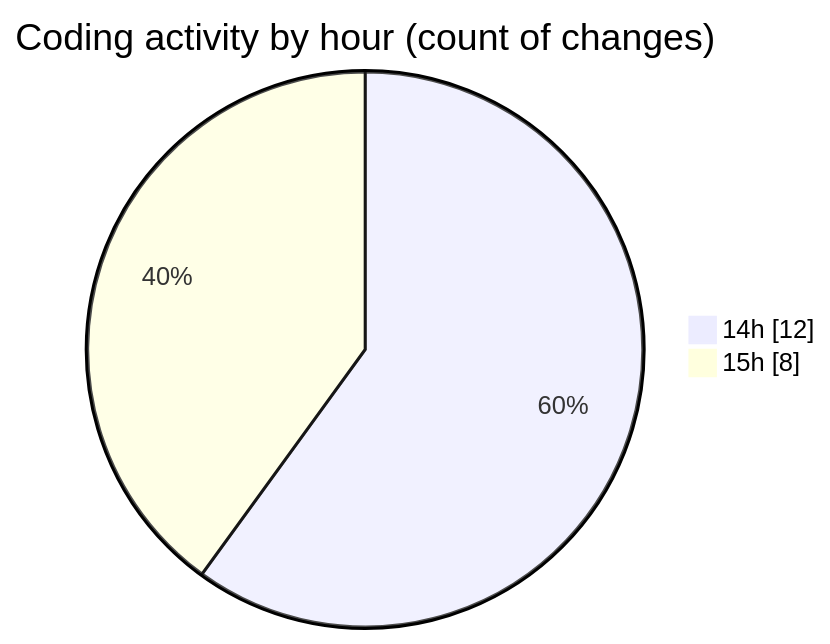
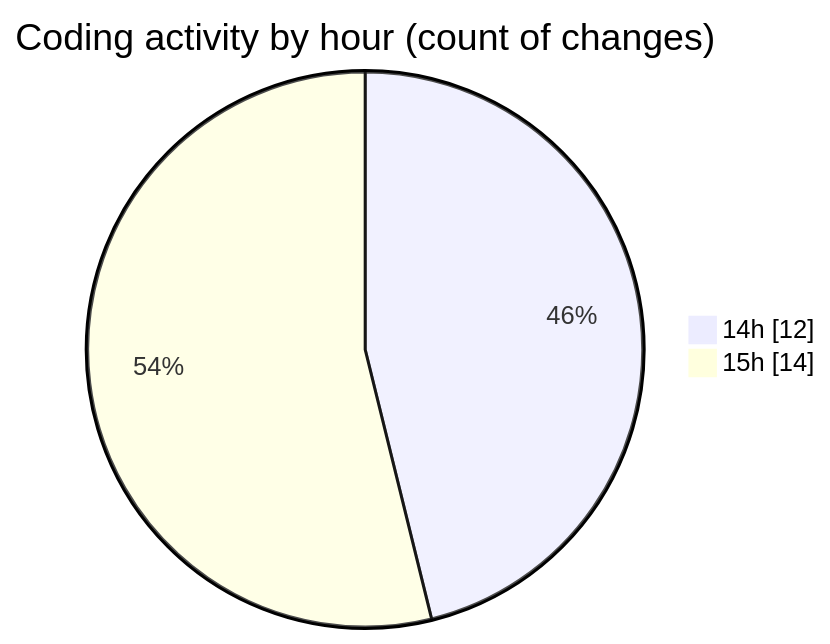
Before and after one commit to ricardozamudiocil/code-tracking: the second of 2 diagrams in 2026-04-10/cilapp/README.md, drawn with Mermaid. The commit also changed other lines of this file and 1 other file, not shown here.

````diff
--- a/2026-04-10/cilapp/README.md
+++ b/2026-04-10/cilapp/README.md
@@ -37,6 +38,6 @@
 ```mermaid
 pie showData
 title Coding activity by hour (count of changes)
 "14h" : 12
-"15h" : 8
+"15h" : 14
 ```
````
